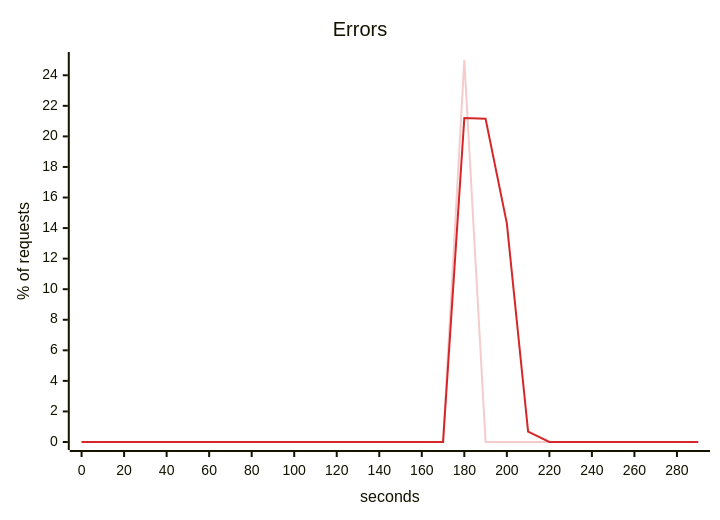
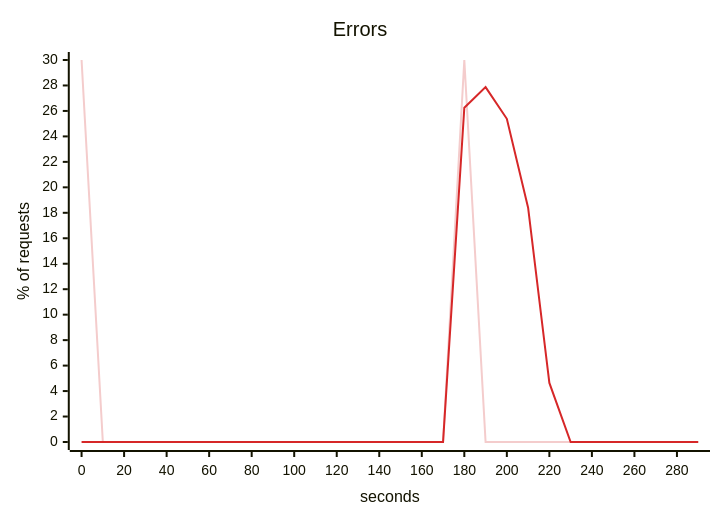
Before and after one commit to akinfemi/load-lore: the fourth of 5 diagrams in scenarios/cache-restart/solutions/coalesce/report.md, drawn with Mermaid. The commit also changed other lines of this file and 49 other files, not shown here.

````diff
--- a/scenarios/cache-restart/solutions/coalesce/report.md
+++ b/scenarios/cache-restart/solutions/coalesce/report.md
@@ -81,15 +80,15 @@
 ```mermaid
 ---
 config:
   themeVariables:
     xyChart:
       backgroundColor: "transparent"
       plotColorPalette: "#f4cccc, #d62728"
 ---
 xychart-beta
     title "Errors"
     x-axis "seconds" 0 --> 290
-    y-axis "% of requests" 0 --> 25
-    line [0, 0, 0, 0, 0, 0, 0, 0, 0, 0, 0, 0, 0, 0, 0, 0, 0, 0, 25, 0, 0, 0, 0, 0, 0, 0, 0, 0, 0, 0]
-    line [0, 0, 0, 0, 0, 0, 0, 0, 0, 0, 0, 0, 0, 0, 0, 0, 0, 0, 21.203, 21.15, 14.307, 0.68, 0, 0, 0, 0, 0, 0, 0, 0]
+    y-axis "% of requests" 0 --> 30
+    line [30, 0, 0, 0, 0, 0, 0, 0, 0, 0, 0, 0, 0, 0, 0, 0, 0, 0, 30, 0, 0, 0, 0, 0, 0, 0, 0, 0, 0, 0]
+    line [0, 0, 0, 0, 0, 0, 0, 0, 0, 0, 0, 0, 0, 0, 0, 0, 0, 0, 26.257, 27.87, 25.381, 18.402, 4.638, 0, 0, 0, 0, 0, 0, 0]
 ```
````
